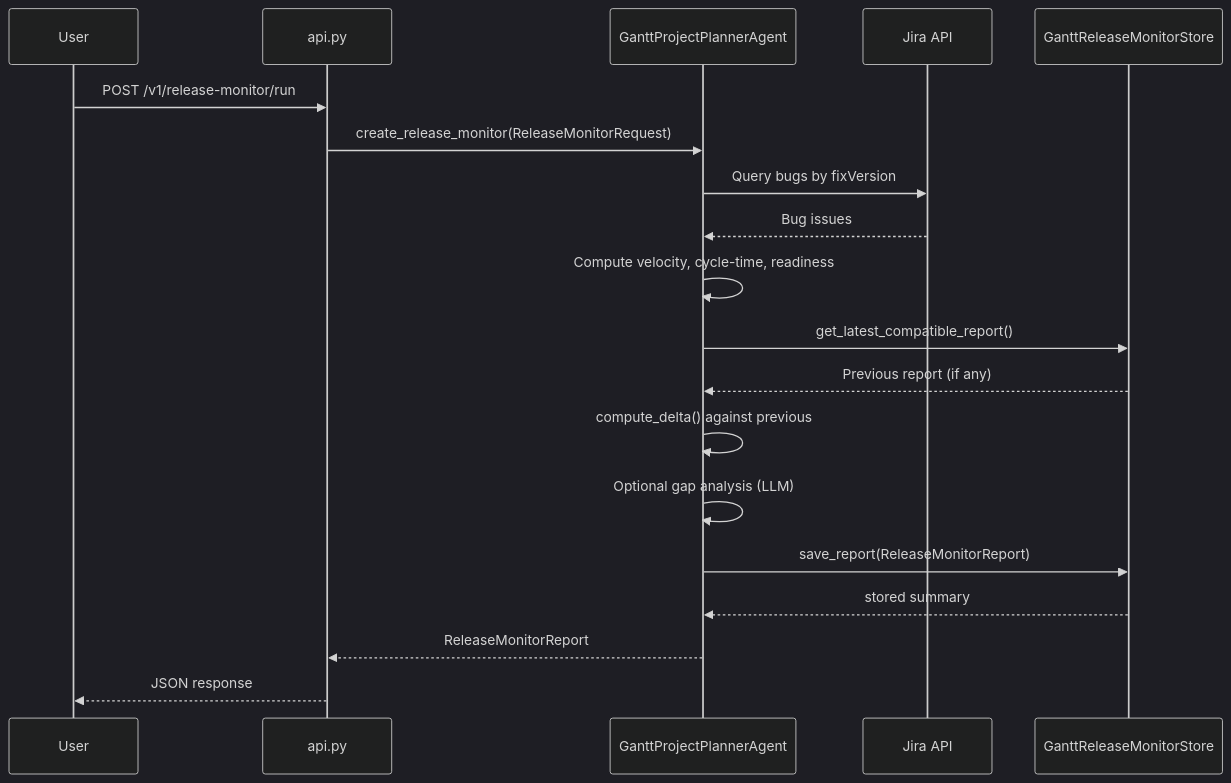
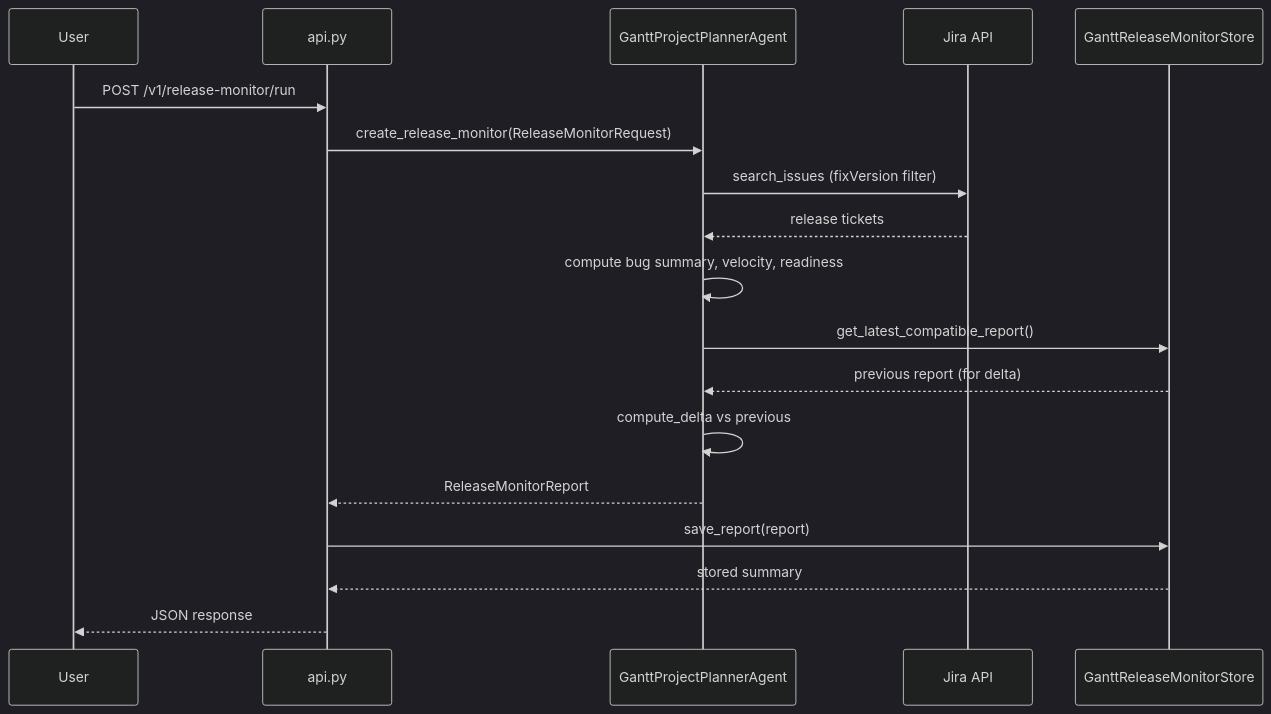
Before and after one commit to jmac-cornelis/agent-workforce: the third of 4 diagrams in docs/agents-gantt.md, drawn with Mermaid (dark theme). The commit also changed other lines of this file and 7 other files, not shown here.

````diff
--- a/docs/agents-gantt.md
+++ b/docs/agents-gantt.md
@@ -101,22 +105,21 @@
 ```mermaid
 sequenceDiagram
     participant User
     participant API as api.py
     participant Agent as GanttProjectPlannerAgent
     participant Jira as Jira API
-    participant Store as GanttReleaseMonitorStore
+    participant RMStore as GanttReleaseMonitorStore
 
     User->>API: POST /v1/release-monitor/run
     API->>Agent: create_release_monitor(ReleaseMonitorRequest)
-    Agent->>Jira: Query bugs by fixVersion
-    Jira-->>Agent: Bug issues
-    Agent->>Agent: Compute velocity, cycle-time, readiness
-    Agent->>Store: get_latest_compatible_report()
-    Store-->>Agent: Previous report (if any)
-    Agent->>Agent: compute_delta() against previous
-    Agent->>Agent: Optional gap analysis (LLM)
-    Agent->>Store: save_report(ReleaseMonitorReport)
-    Store-->>Agent: stored summary
+    Agent->>Jira: search_issues (fixVersion filter)
+    Jira-->>Agent: release tickets
+    Agent->>Agent: compute bug summary, velocity, readiness
+    Agent->>RMStore: get_latest_compatible_report()
+    RMStore-->>Agent: previous report (for delta)
+    Agent->>Agent: compute_delta vs previous
     Agent-->>API: ReleaseMonitorReport
+    API->>RMStore: save_report(report)
+    RMStore-->>API: stored summary
     API-->>User: JSON response
 ```
````
